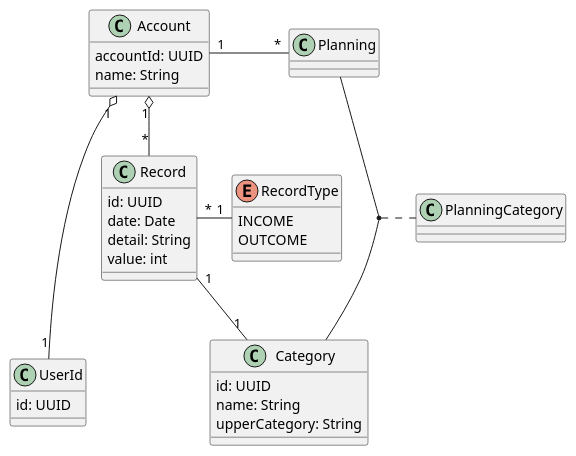
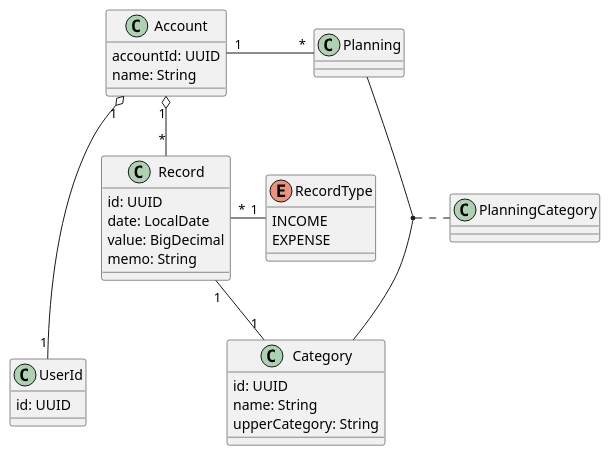
One commit to pigplan-club/piggyplanner changed the diagram in architecture/diagrams/AccountAggregation.puml. Above: the diagram before and after it, drawn with PlantUML. The commit also changed 20 other files, not shown here.

```diff
--- a/architecture/diagrams/AccountAggregation.puml
+++ b/architecture/diagrams/AccountAggregation.puml
@@ -1,35 +1,35 @@
 @startuml
 class Account {
   accountId: UUID
   name: String
 }
 class UserId {
   id: UUID
 }
 class Record {
   id: UUID
-  date: Date
-  detail: String
-  value: int
+  date: LocalDate
+  value: BigDecimal
+  memo: String
 }
 class Category {
   id: UUID
   name: String
   upperCategory: String
 }
 enum RecordType{
   INCOME
-  OUTCOME
+  EXPENSE
 }
 class Planning {
 }
 class PlanningCategory {
 }
 
 Account "1" o--- "1" UserId
 Account "1" o-- "*" Record
 Account "1" - "*" Planning
 Record "1" - "1" Category
 Record "*" - "1" RecordType
 (Planning, Category) . PlanningCategory
 @enduml
```
